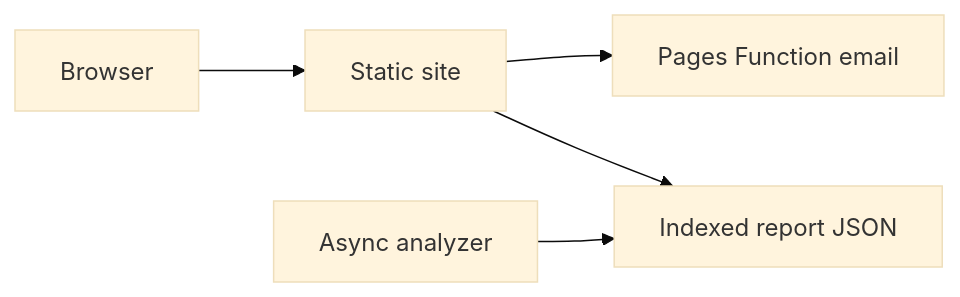
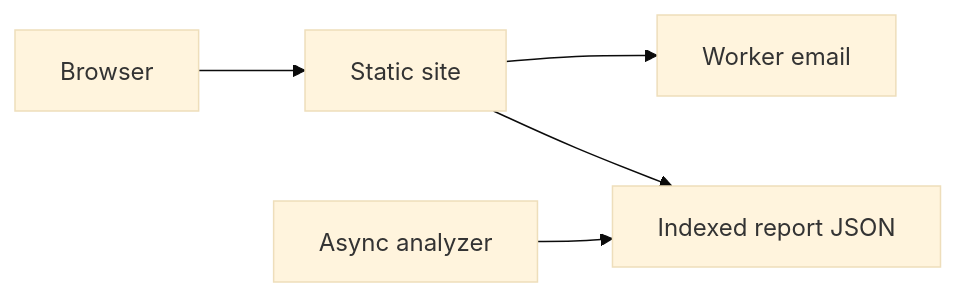
One commit to vicsn/lean-report-card changed the diagram in README.md. Above: the diagram before and after it, drawn with Mermaid (base theme). The commit also changed other lines of this file and 9 other files, not shown here.

````diff
--- a/README.md
+++ b/README.md
@@ -9,7 +9,7 @@
 ```mermaid
 flowchart LR
     U[Browser] --> S[Static site]
-    S --> H[Pages Function email]
+    S --> H[Worker email]
     S --> J[Indexed report JSON]
     W[Async analyzer] --> J
 ```
````
